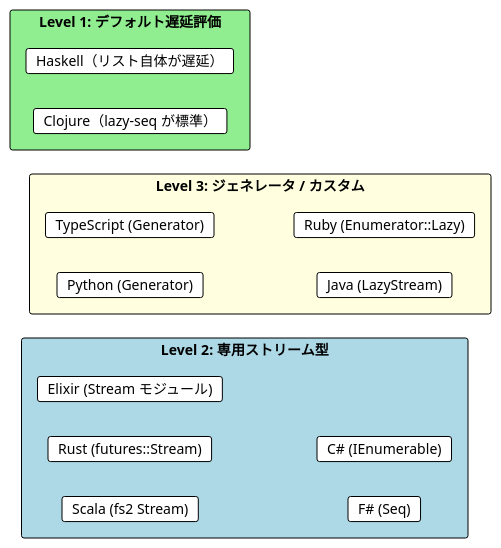
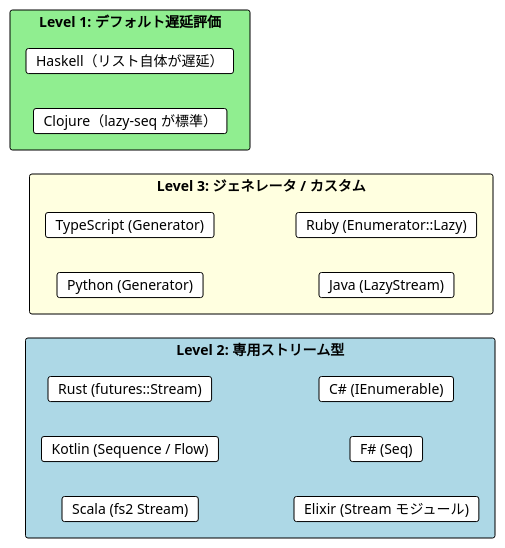
Before and after one commit to k2works/grokkingfp-excersice: the third of 6 diagrams in docs/article/all/part-4-ch09-streams.md, drawn with PlantUML. The commit also changed other lines of this file and 12 other files, not shown here.

````diff
--- a/docs/article/all/part-4-ch09-streams.md
+++ b/docs/article/all/part-4-ch09-streams.md
@@ -741,27 +791,28 @@
 ```plantuml
 @startuml
 !theme plain
 left to right direction
 
 rectangle "Level 1: デフォルト遅延評価" #LightGreen {
   card "Haskell（リスト自体が遅延）" as h
   card "Clojure（lazy-seq が標準）" as clj
 }
 
 rectangle "Level 2: 専用ストリーム型" #LightBlue {
   card "Scala (fs2 Stream)" as sc
+  card "Kotlin (Sequence / Flow)" as kt
   card "Rust (futures::Stream)" as rs
   card "Elixir (Stream モジュール)" as ex
   card "F# (Seq)" as fs
   card "C# (IEnumerable)" as cs
 }
 
 rectangle "Level 3: ジェネレータ / カスタム" #LightYellow {
   card "Python (Generator)" as py
   card "TypeScript (Generator)" as ts
   card "Java (LazyStream)" as jv
   card "Ruby (Enumerator::Lazy)" as rb
 }
 
 @enduml
 ```
````
